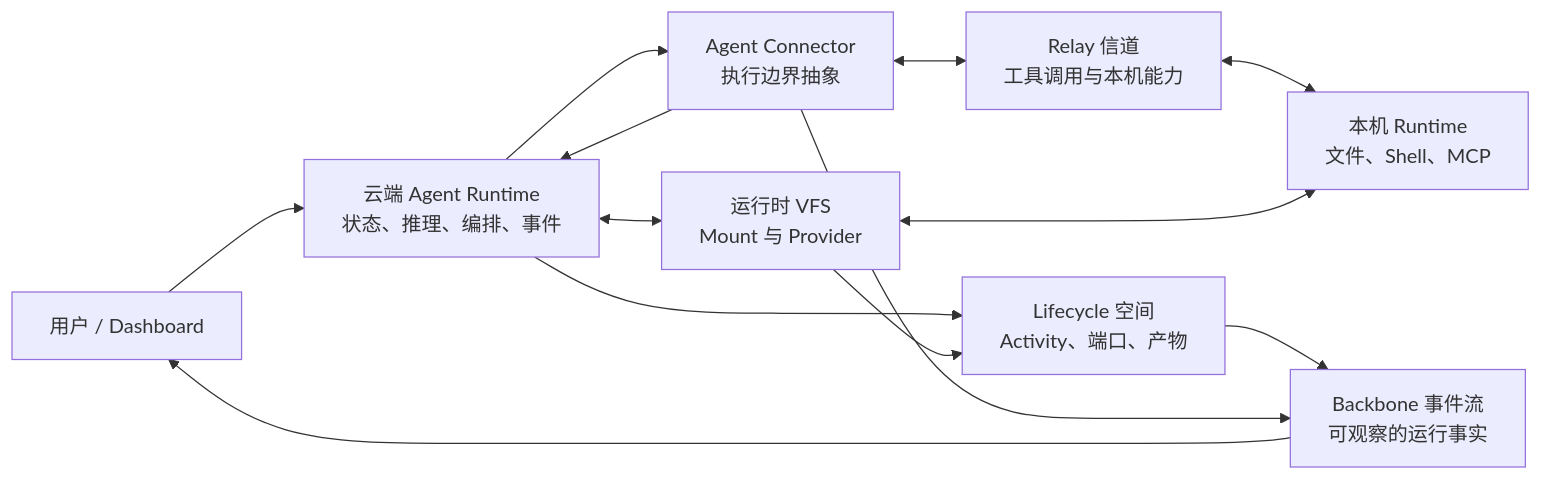
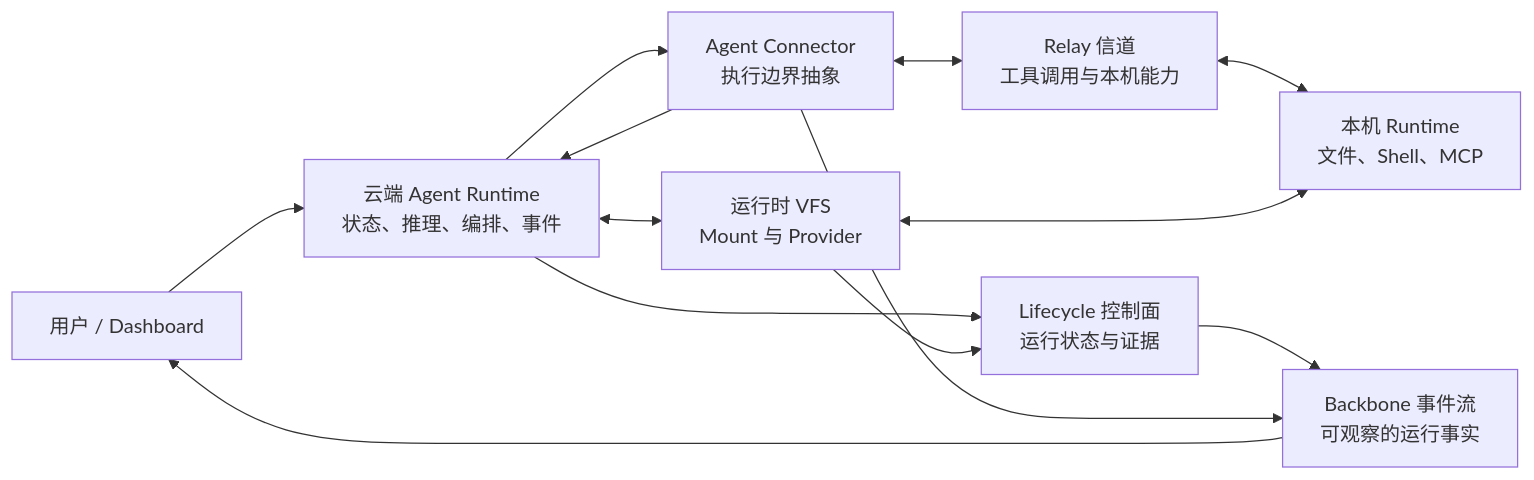
Before and after one commit to syan2018/AgentDash: the first of 5 diagrams in README.md, drawn with Mermaid. The commit also changed other lines of this file, not shown here.

First line of the commit message:
docs(readme): 收敛 Lifecycle 控制面叙事

````diff
--- a/README.md
+++ b/README.md
@@ -18,24 +11,24 @@
 ```mermaid
 flowchart LR
     User["用户 / Dashboard"]
     Cloud["云端 Agent Runtime<br/>状态、推理、编排、事件"]
     Connector["Agent Connector<br/>执行边界抽象"]
     Relay["Relay 信道<br/>工具调用与本机能力"]
     Local["本机 Runtime<br/>文件、Shell、MCP"]
     VFS["运行时 VFS<br/>Mount 与 Provider"]
-    Life["Lifecycle 空间<br/>Activity、端口、产物"]
+    Life["Lifecycle 控制面<br/>运行状态与证据"]
     Stream["Backbone 事件流<br/>可观察的运行事实"]
 
     User --> Cloud
     Cloud --> Connector
     Connector --> Cloud
     Connector <--> Relay
     Relay <--> Local
     Cloud <--> VFS
     VFS <--> Local
     Cloud --> Life
     VFS --> Life
     Life --> Stream
     Connector --> Stream
     Stream --> User
 ```
````
